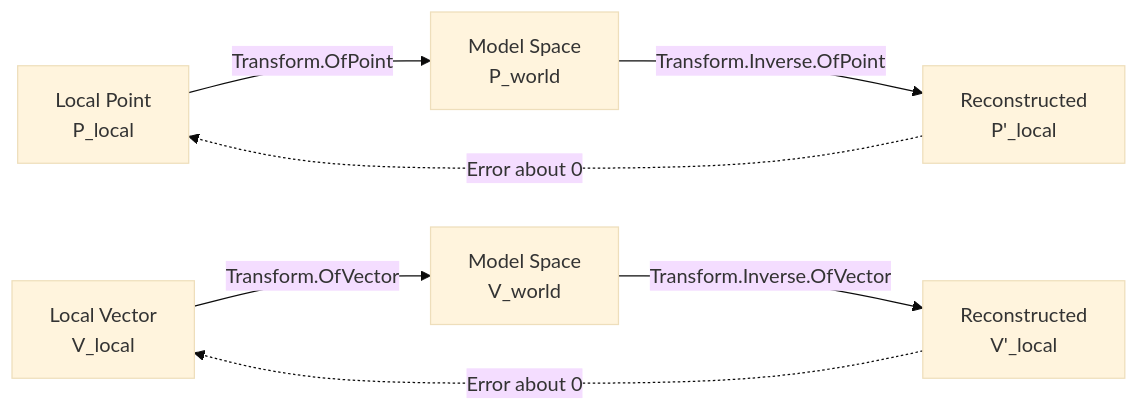
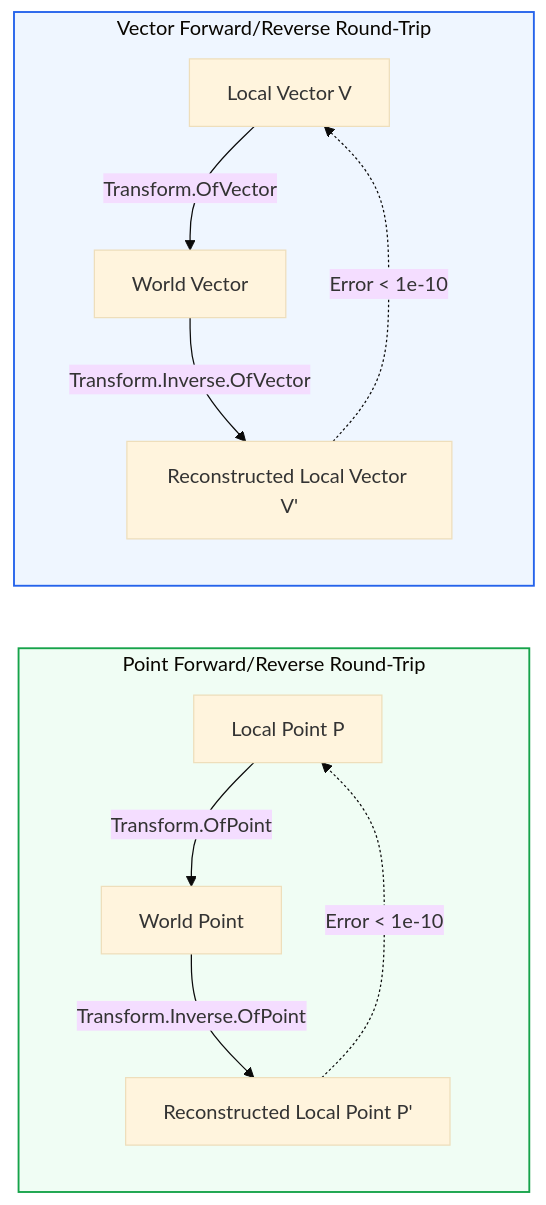
One commit to Mustafa-TOMMY/CommandSamplesRevitApiVer2025 changed diagram 12 of 21 in RevitApiSamples/Samples/TransformModule/TransformModule.md. Above: the diagram before and after it, drawn with Mermaid (base theme). The commit also changed other lines of this file, not shown here.

Commit message:
Update mermaid file

````diff
--- a/RevitApiSamples/Samples/TransformModule/TransformModule.md
+++ b/RevitApiSamples/Samples/TransformModule/TransformModule.md
@@ -453,10 +488,17 @@
 ```mermaid
 flowchart LR
-    P_LOC["Local Point<br/>P_local"] -->|Transform.OfPoint| P_WLD["Model Space<br/>P_world"]
-    P_WLD -->|Transform.Inverse.OfPoint| P_RECON["Reconstructed<br/>P'_local"]
-    P_RECON -.->|Error about 0| P_LOC
+    subgraph PointLoop["Point Forward/Reverse Round-Trip"]
+        P_LOC["Local Point P"] -->|Transform.OfPoint| P_WLD["World Point"]
+        P_WLD -->|Transform.Inverse.OfPoint| P_REC["Reconstructed Local Point P'"]
+        P_REC -.->|Error < 1e-10| P_LOC
+    end
 
-    V_LOC["Local Vector<br/>V_local"] -->|Transform.OfVector| V_WLD["Model Space<br/>V_world"]
-    V_WLD -->|Transform.Inverse.OfVector| V_RECON["Reconstructed<br/>V'_local"]
-    V_RECON -.->|Error about 0| V_LOC
+    subgraph VectorLoop["Vector Forward/Reverse Round-Trip"]
+        V_LOC["Local Vector V"] -->|Transform.OfVector| V_WLD["World Vector"]
+        V_WLD -->|Transform.Inverse.OfVector| V_REC["Reconstructed Local Vector V'"]
+        V_REC -.->|Error < 1e-10| V_LOC
+    end
+
+    style PointLoop fill:#f0fdf4,stroke:#16a34a,stroke-width:1.5px
+    style VectorLoop fill:#eff6ff,stroke:#2563eb,stroke-width:1.5px
 ```
````
